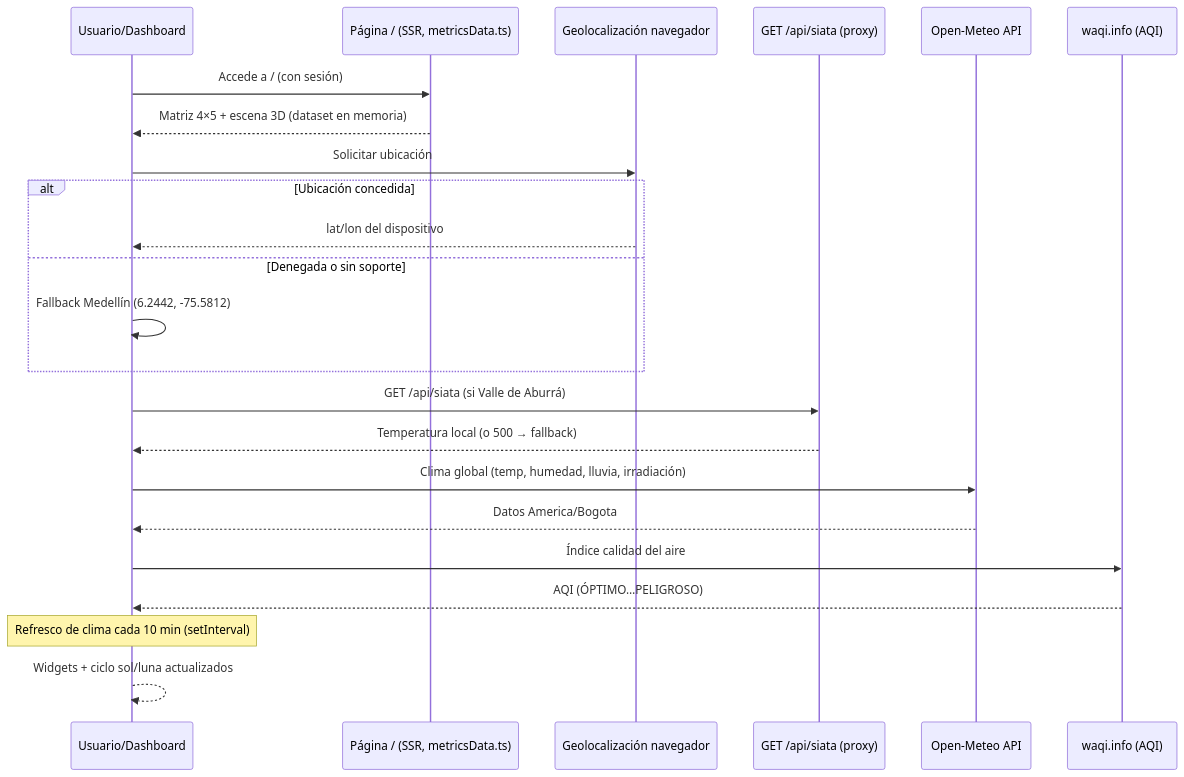
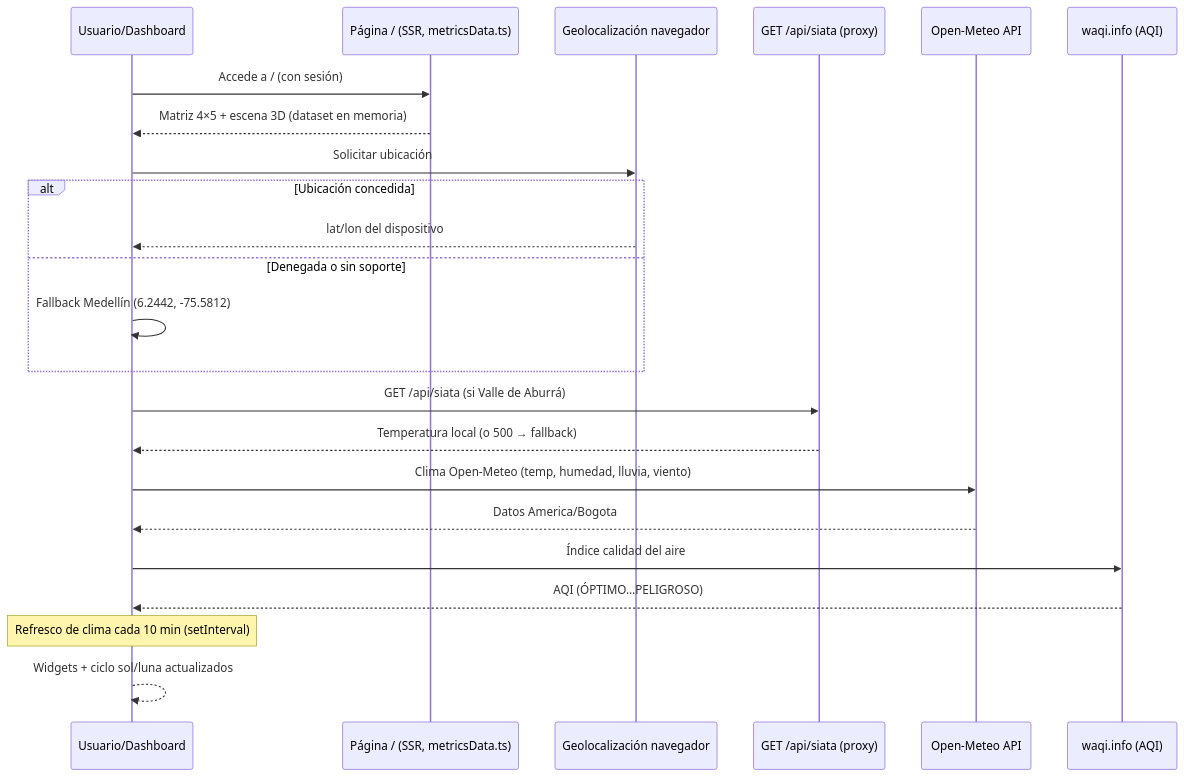
The second of 4 diagrams in docs/SEQUENCE_DIAGRAMS.md (Jdgb22/Proyect_invernadero), drawn with Mermaid before and after one commit. The commit also changed other lines of this file and 21 other files, not shown here.

````diff
--- a/docs/SEQUENCE_DIAGRAMS.md
+++ b/docs/SEQUENCE_DIAGRAMS.md
@@ -30,26 +30,26 @@
 ```mermaid
 sequenceDiagram
     participant User as Usuario/Dashboard
     participant Page as Página / (SSR, metricsData.ts)
     participant Geo as Geolocalización navegador
     participant Proxy as GET /api/siata (proxy)
     participant OM as Open-Meteo API
     participant AQI as waqi.info (AQI)
 
     User->>Page: Accede a / (con sesión)
     Page-->>User: Matriz 4×5 + escena 3D (dataset en memoria)
     User->>Geo: Solicitar ubicación
     alt Ubicación concedida
         Geo-->>User: lat/lon del dispositivo
     else Denegada o sin soporte
         User->>User: Fallback Medellín (6.2442, -75.5812)
     end
     User->>Proxy: GET /api/siata (si Valle de Aburrá)
     Proxy-->>User: Temperatura local (o 500 → fallback)
-    User->>OM: Clima global (temp, humedad, lluvia, irradiación)
+    User->>OM: Clima Open-Meteo (temp, humedad, lluvia, viento)
     OM-->>User: Datos America/Bogota
     User->>AQI: Índice calidad del aire
     AQI-->>User: AQI (ÓPTIMO…PELIGROSO)
     Note over User: Refresco de clima cada 10 min (setInterval)
     User-->>User: Widgets + ciclo sol/luna actualizados
 ```
````
